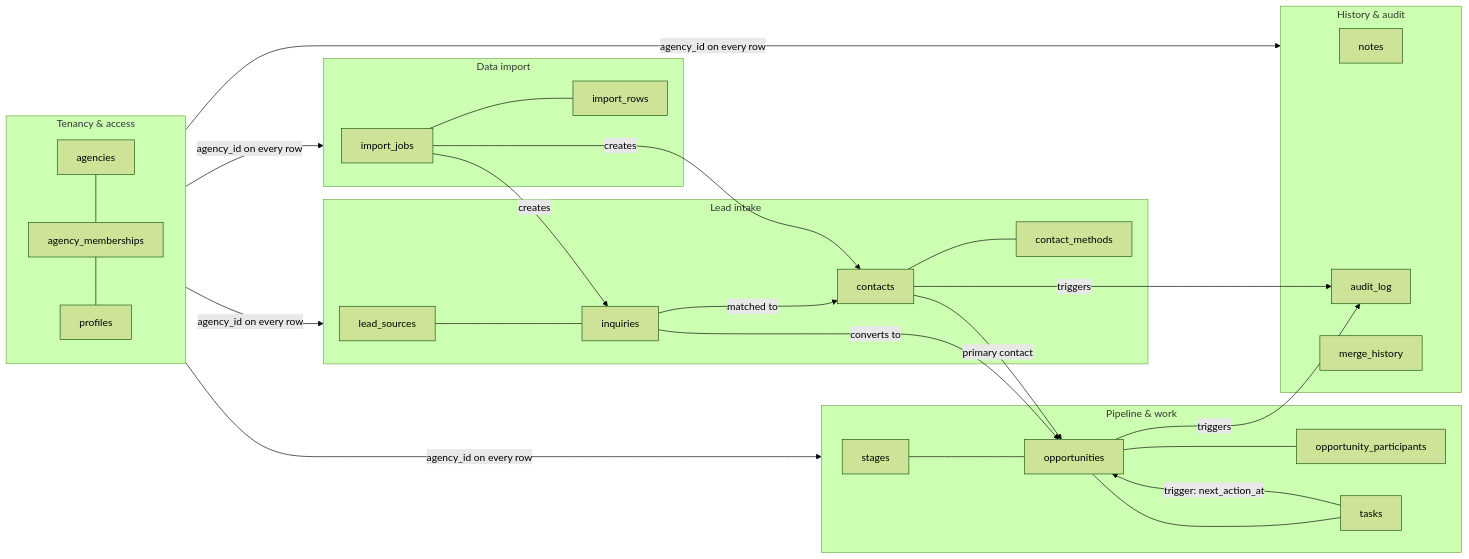
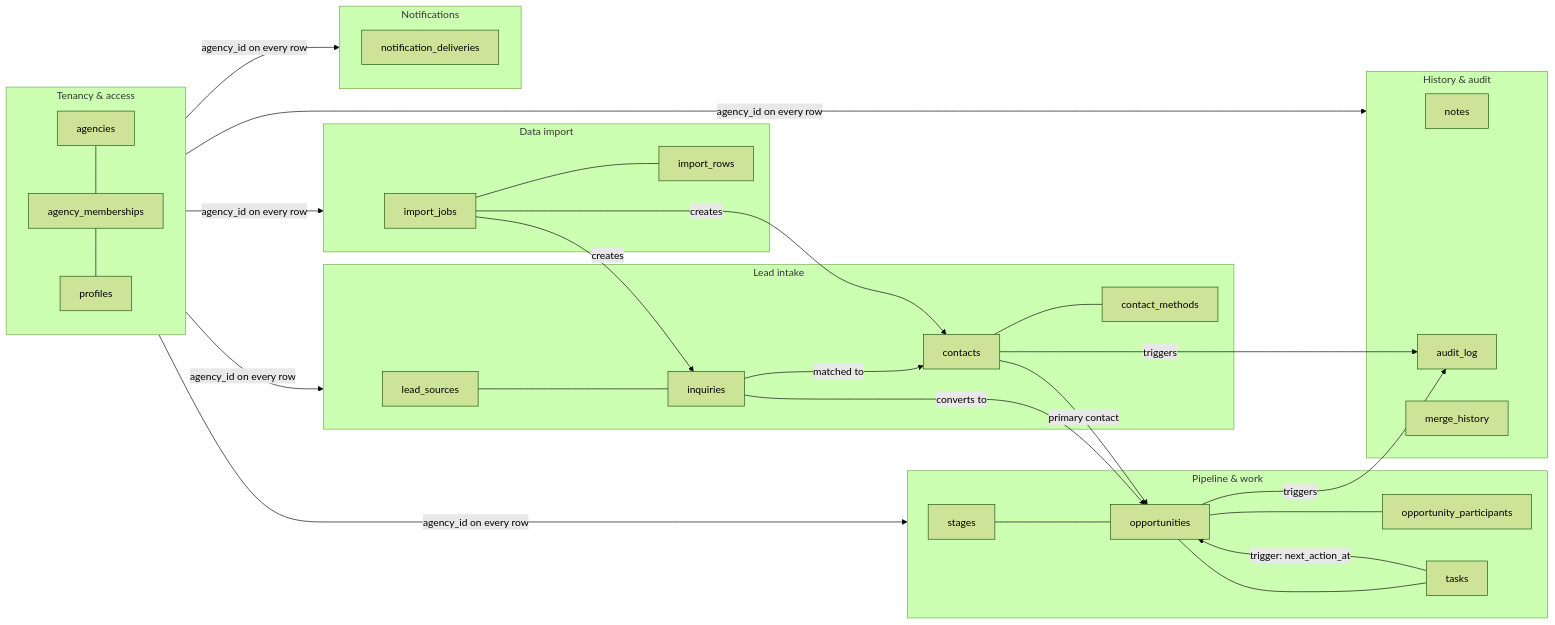
Before and after one commit to dreaminglory/retail_broker_CRM: the first of 12 diagrams in docs/domain-model.md, drawn with Mermaid (forest theme). The commit also changed other lines of this file and 5 other files, not shown here.

Commit message:
feat(reminders): add notification_deliveries and profiles.digest_enabled

````diff
--- a/docs/domain-model.md
+++ b/docs/domain-model.md
@@ -30,30 +30,33 @@
 ```mermaid
 flowchart LR
   subgraph T[Tenancy & access]
     agencies --- agency_memberships --- profiles
   end
   subgraph I[Lead intake]
     lead_sources --- inquiries
     contacts --- contact_methods
   end
   subgraph P[Pipeline & work]
     stages --- opportunities --- opportunity_participants
     opportunities --- tasks
   end
   subgraph H[History & audit]
     notes
     audit_log
     merge_history
   end
   subgraph M[Data import]
     import_jobs --- import_rows
   end
+  subgraph N[Notifications]
+    notification_deliveries
+  end
 
-  T -->|agency_id on every row| I & P & H & M
+  T -->|agency_id on every row| I & P & H & M & N
   inquiries -->|converts to| opportunities
   inquiries -->|matched to| contacts
   contacts -->|primary contact| opportunities
   import_jobs -->|creates| contacts & inquiries
   tasks -->|trigger: next_action_at| opportunities
   opportunities & contacts -->|triggers| audit_log
 ```
````
